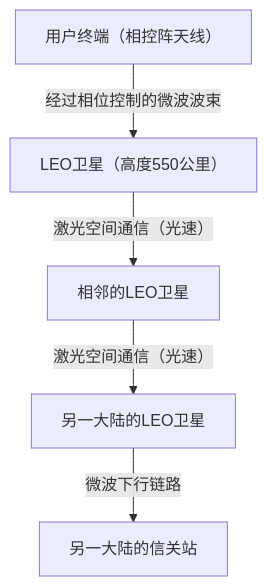
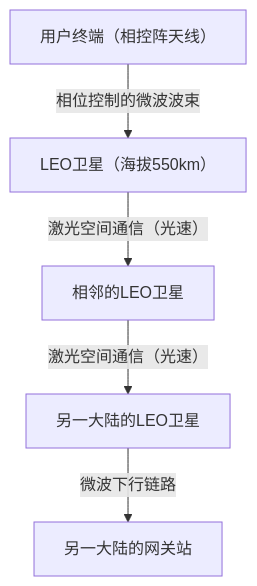
Before and after one commit to kenjinote/blog: diagram 17 of 18 in content/post/how-the-internet-works-comprehensive-guide/index.zh-cn.md, drawn with Mermaid. The commit also changed other lines of this file, not shown here.

````diff
--- a/content/post/how-the-internet-works-comprehensive-guide/index.zh-cn.md
+++ b/content/post/how-the-internet-works-comprehensive-guide/index.zh-cn.md
@@ -940,7 +981,7 @@
 ```mermaid
 graph TD
-    A["用户终端（相控阵天线）"] -- "经过相位控制的微波波束" --> B["LEO卫星（高度550公里）"]
+    A["用户终端（相控阵天线）"] -- "相位控制的微波波束" --> B["LEO卫星（海拔550km）"]
     B -- "激光空间通信（光速）" --> C["相邻的LEO卫星"]
     C -- "激光空间通信（光速）" --> D["另一大陆的LEO卫星"]
-    D -- "微波下行链路" --> E["另一大陆的信关站"]
+    D -- "微波下行链路" --> E["另一大陆的网关站"]
 ```
````
